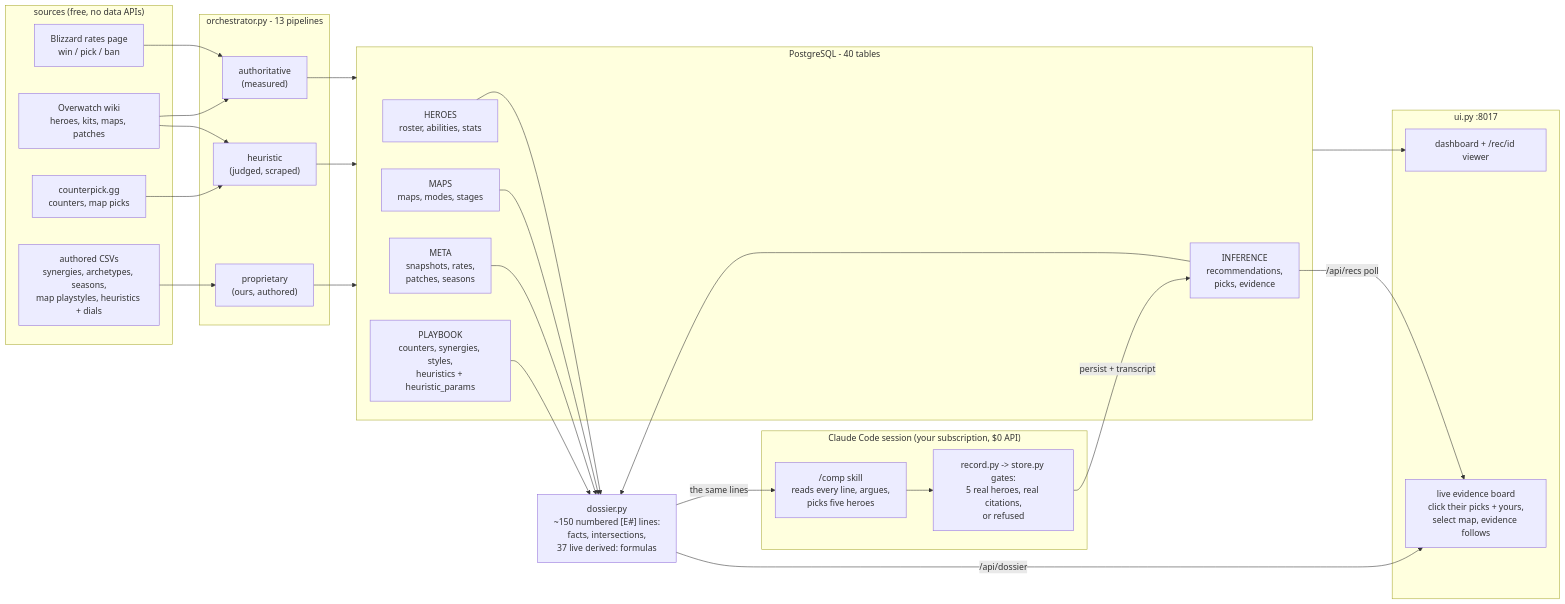
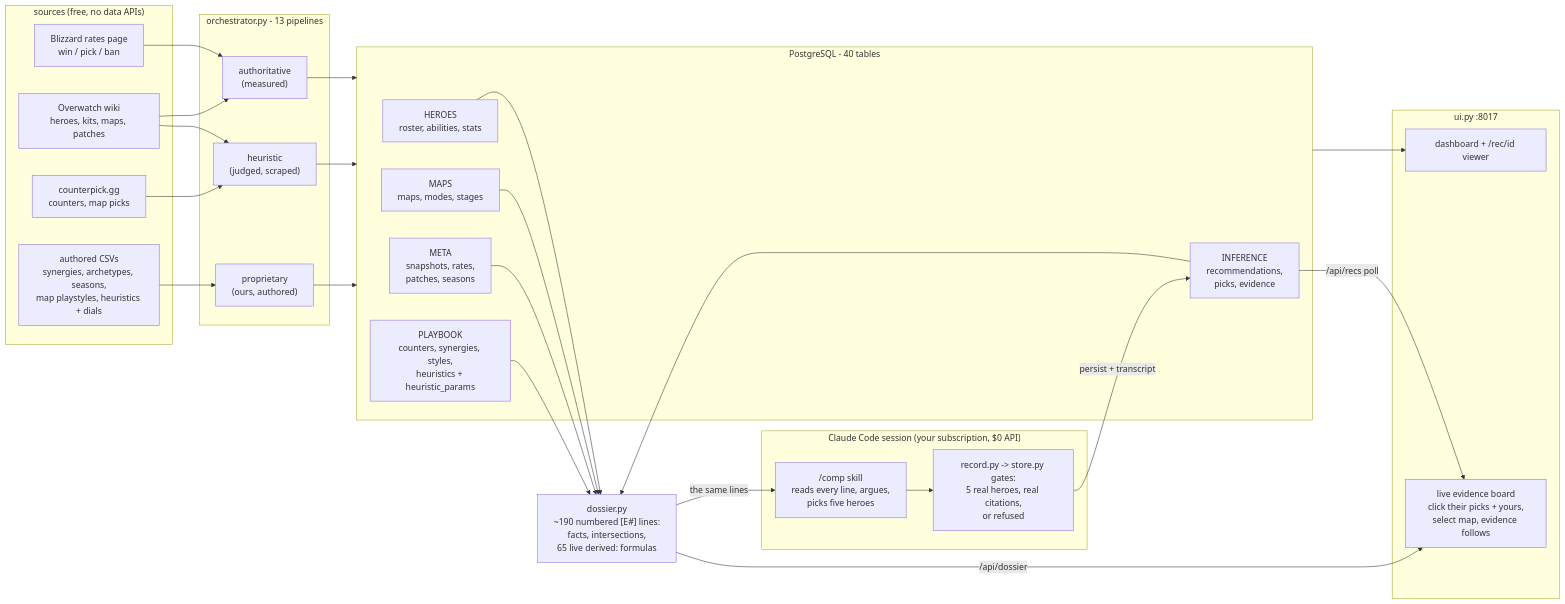
One commit to mmikol/counter-utility-matrix changed the first of 5 diagrams in docs/architecture.md. Above: the diagram before and after it, drawn with Mermaid. The commit also changed other lines of this file and 5 other files, not shown here.

````diff
--- a/docs/architecture.md
+++ b/docs/architecture.md
@@ -13,51 +13,51 @@
 ```mermaid
 flowchart LR
     subgraph SOURCES["sources (free, no data APIs)"]
         BLZ["Blizzard rates page<br/>win / pick / ban"]
         WIKI["Overwatch wiki<br/>heroes, kits, maps, patches"]
         CPK["counterpick.gg<br/>counters, map picks"]
         CSV["authored CSVs<br/>synergies, archetypes, seasons,<br/>map playstyles, heuristics + dials"]
     end
 
     subgraph PIPE["orchestrator.py - 13 pipelines"]
         AUTH["authoritative<br/>(measured)"]
         HEUR["heuristic<br/>(judged, scraped)"]
         PROP["proprietary<br/>(ours, authored)"]
     end
 
     subgraph PG["PostgreSQL - 40 tables"]
         HEROES["HEROES<br/>roster, abilities, stats"]
         MAPS["MAPS<br/>maps, modes, stages"]
         META["META<br/>snapshots, rates,<br/>patches, seasons"]
         PLAY["PLAYBOOK<br/>counters, synergies, styles,<br/>heuristics + heuristic_params"]
         INF["INFERENCE<br/>recommendations,<br/>picks, evidence"]
     end
 
-    DOS["dossier.py<br/>~150 numbered [E#] lines:<br/>facts, intersections,<br/>37 live derived: formulas"]
+    DOS["dossier.py<br/>~190 numbered [E#] lines:<br/>facts, intersections,<br/>65 live derived: formulas"]
 
     subgraph CHAT["Claude Code session (your subscription, $0 API)"]
         SKILL["/comp skill<br/>reads every line, argues,<br/>picks five heroes"]
         REC["record.py -> store.py gates:<br/>5 real heroes, real citations,<br/>or refused"]
     end
 
     subgraph UIBOX["ui.py :8017"]
         BOARD["live evidence board<br/>click their picks + yours,<br/>select map, evidence follows"]
         DASH["dashboard + /rec/id viewer"]
     end
 
     BLZ --> AUTH
     WIKI --> AUTH
     WIKI --> HEUR
     CPK --> HEUR
     CSV --> PROP
     AUTH --> PG
     HEUR --> PG
     PROP --> PG
     HEROES & MAPS & META & PLAY & INF --> DOS
     DOS -->|"the same lines"| SKILL
     DOS -->|"/api/dossier"| BOARD
     SKILL --> REC
     REC -->|"persist + transcript"| INF
     INF -->|"/api/recs poll"| BOARD
     PG --> DASH
 ```
````
